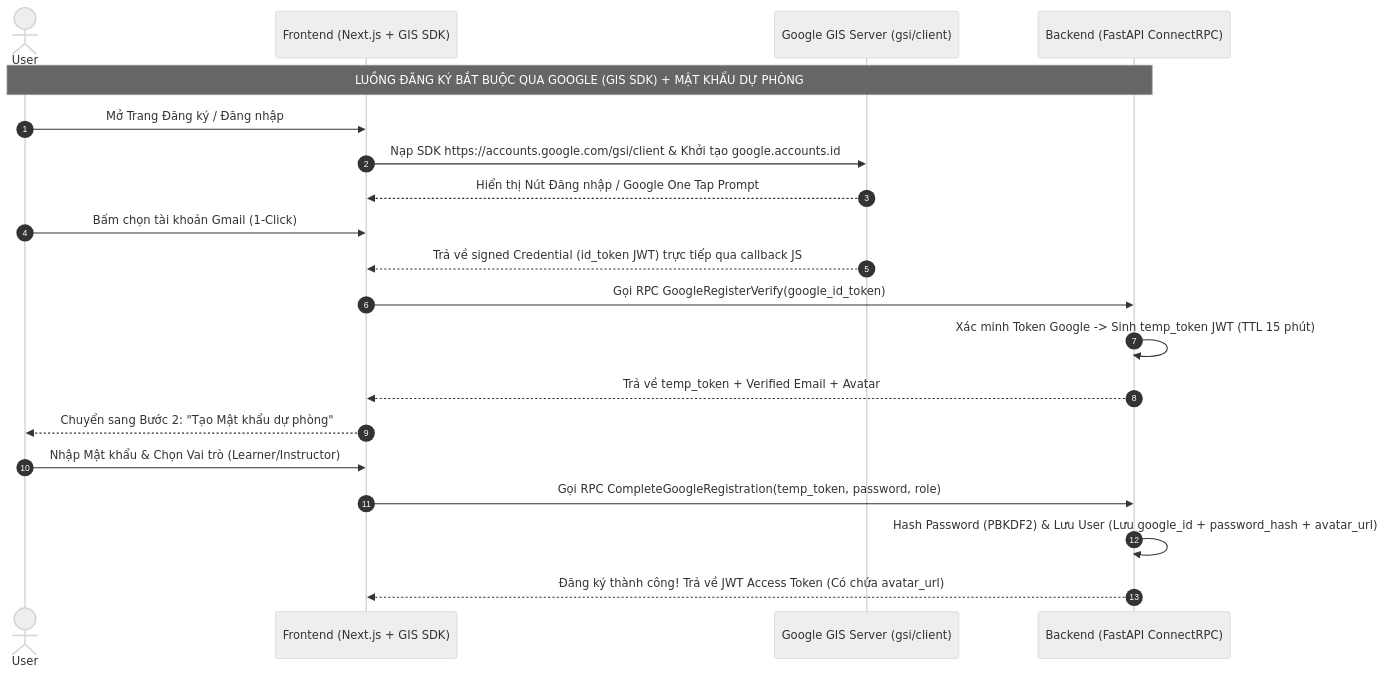
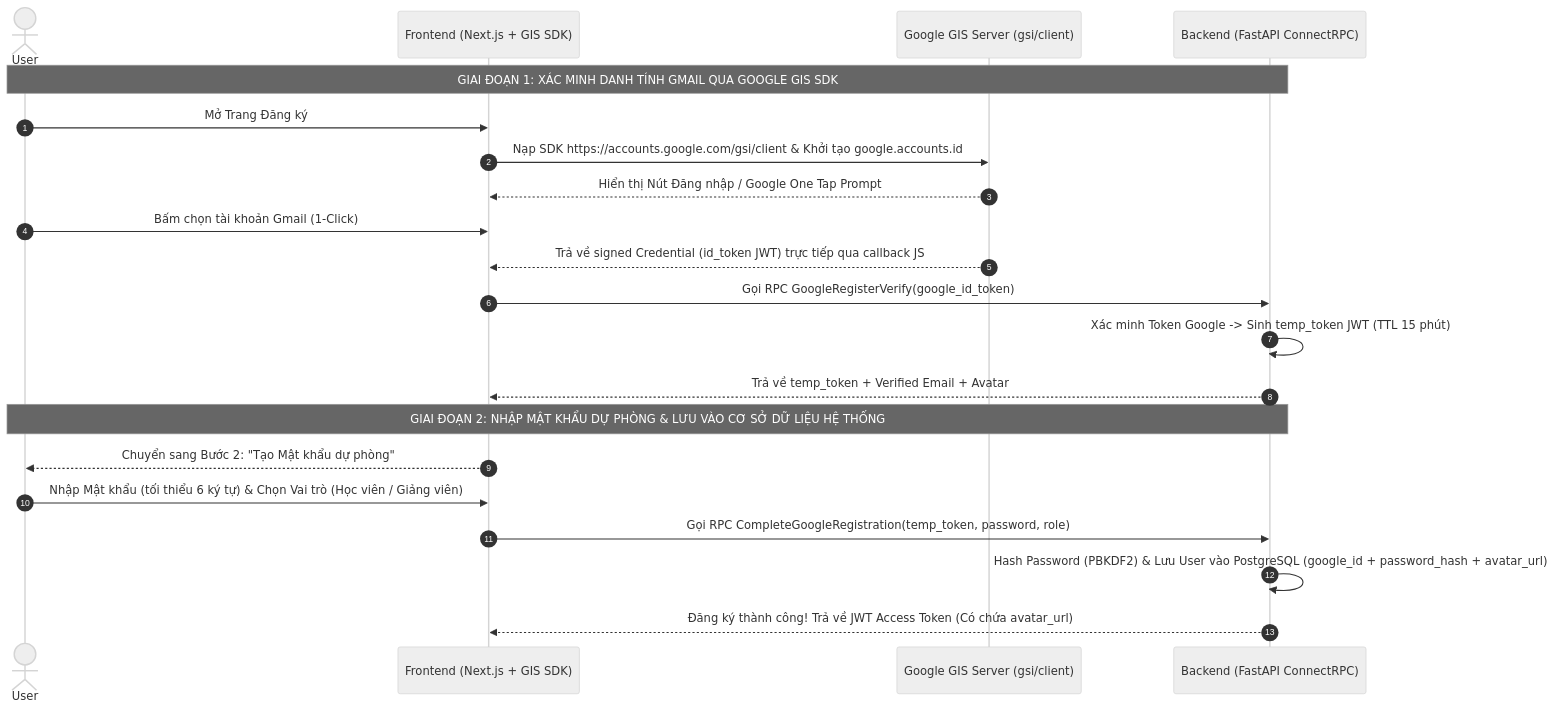
Before and after one commit to tianshi04/lms-ai-study-assistant: the diagram in docs/07_authentication_and_authorization_architecture.md, drawn with Mermaid (neutral theme).

Commit message:
docs(auth): highlight Phase 2 password entry step in sequence diagram

````diff
--- a/docs/07_authentication_and_authorization_architecture.md
+++ b/docs/07_authentication_and_authorization_architecture.md
@@ -90,23 +90,25 @@
 ```mermaid
 sequenceDiagram
     autonumber
     actor User
     participant FE as Frontend (Next.js + GIS SDK)
     participant GG as Google GIS Server (gsi/client)
     participant BE as Backend (FastAPI ConnectRPC)
 
-    Note over User, BE: LUỒNG ĐĂNG KÝ BẮT BUỘC QUA GOOGLE (GIS SDK) + MẬT KHẨU DỰ PHÒNG
-    User->>FE: Mở Trang Đăng ký / Đăng nhập
+    Note over User, BE: GIAI ĐOẠN 1: XÁC MINH DANH TÍNH GMAIL QUA GOOGLE GIS SDK
+    User->>FE: Mở Trang Đăng ký
     FE->>GG: Nạp SDK https://accounts.google.com/gsi/client & Khởi tạo google.accounts.id
     GG-->>FE: Hiển thị Nút Đăng nhập / Google One Tap Prompt
     User->>FE: Bấm chọn tài khoản Gmail (1-Click)
     GG-->>FE: Trả về signed Credential (id_token JWT) trực tiếp qua callback JS
     FE->>BE: Gọi RPC GoogleRegisterVerify(google_id_token)
     BE->>BE: Xác minh Token Google -> Sinh temp_token JWT (TTL 15 phút)
     BE-->>FE: Trả về temp_token + Verified Email + Avatar
+
+    Note over User, BE: GIAI ĐOẠN 2: NHẬP MẬT KHẨU DỰ PHÒNG & LƯU VÀO CƠ SỞ DỮ LIỆU HỆ THỐNG
     FE-->>User: Chuyển sang Bước 2: "Tạo Mật khẩu dự phòng"
-    User->>FE: Nhập Mật khẩu & Chọn Vai trò (Learner/Instructor)
+    User->>FE: Nhập Mật khẩu (tối thiểu 6 ký tự) & Chọn Vai trò (Học viên / Giảng viên)
     FE->>BE: Gọi RPC CompleteGoogleRegistration(temp_token, password, role)
-    BE->>BE: Hash Password (PBKDF2) & Lưu User (Lưu google_id + password_hash + avatar_url)
+    BE->>BE: Hash Password (PBKDF2) & Lưu User vào PostgreSQL (google_id + password_hash + avatar_url)
     BE-->>FE: Đăng ký thành công! Trả về JWT Access Token (Có chứa avatar_url)
 ```
````
